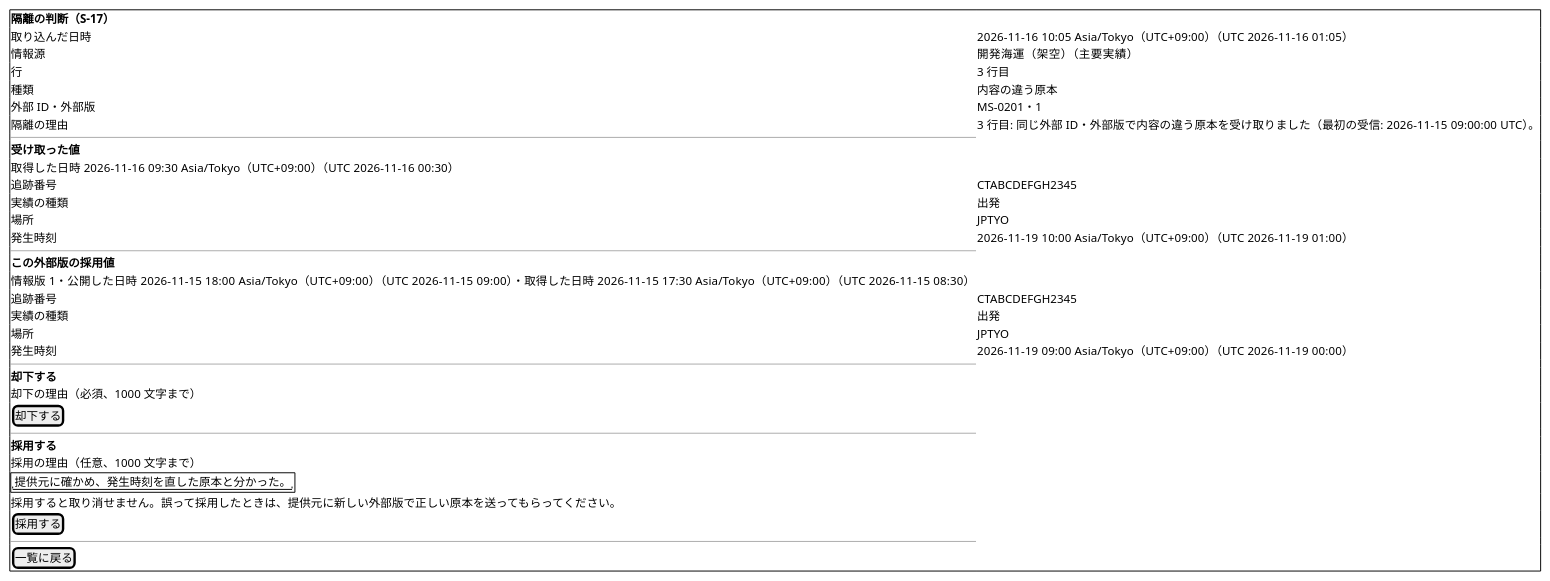
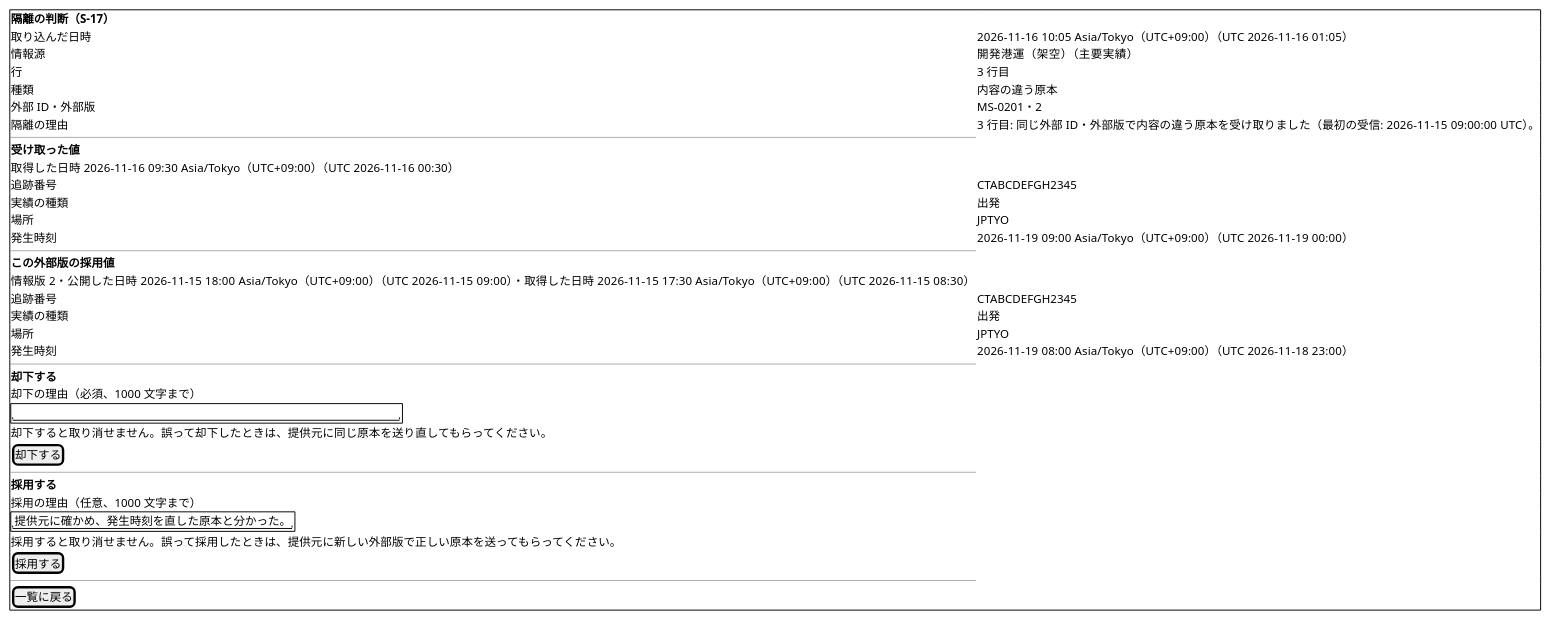
The second of 4 diagrams in docs/development/cargo-tracker/bolt_39d3b2_plan.md (k2works/practical-domain-driven-design-in-enterpris-application), drawn with PlantUML before and after one commit. The commit also changed other lines of this file and 2 other files, not shown here.

````diff
--- a/docs/development/cargo-tracker/bolt_39d3b2_plan.md
+++ b/docs/development/cargo-tracker/bolt_39d3b2_plan.md
@@ -294,39 +297,41 @@
 ```plantuml
 @startsalt
 {+
   <b>隔離の判断（S-17）
   取り込んだ日時 | 2026-11-16 10:05 Asia/Tokyo（UTC+09:00）（UTC 2026-11-16 01:05）
-  情報源 | 開発海運（架空）（主要実績）
+  情報源 | 開発港運（架空）（主要実績）
   行 | 3 行目
   種類 | 内容の違う原本
-  外部 ID・外部版 | MS-0201・1
+  外部 ID・外部版 | MS-0201・2
   隔離の理由 | 3 行目: 同じ外部 ID・外部版で内容の違う原本を受け取りました（最初の受信: 2026-11-15 09:00:00 UTC）。
   --
   <b>受け取った値
   取得した日時 2026-11-16 09:30 Asia/Tokyo（UTC+09:00）（UTC 2026-11-16 00:30）
   追跡番号 | CTABCDEFGH2345
   実績の種類 | 出発
   場所 | JPTYO
-  発生時刻 | 2026-11-19 10:00 Asia/Tokyo（UTC+09:00）（UTC 2026-11-19 01:00）
+  発生時刻 | 2026-11-19 09:00 Asia/Tokyo（UTC+09:00）（UTC 2026-11-19 00:00）
   --
   <b>この外部版の採用値
-  情報版 1・公開した日時 2026-11-15 18:00 Asia/Tokyo（UTC+09:00）（UTC 2026-11-15 09:00）・取得した日時 2026-11-15 17:30 Asia/Tokyo（UTC+09:00）（UTC 2026-11-15 08:30）
+  情報版 2・公開した日時 2026-11-15 18:00 Asia/Tokyo（UTC+09:00）（UTC 2026-11-15 09:00）・取得した日時 2026-11-15 17:30 Asia/Tokyo（UTC+09:00）（UTC 2026-11-15 08:30）
   追跡番号 | CTABCDEFGH2345
   実績の種類 | 出発
   場所 | JPTYO
-  発生時刻 | 2026-11-19 09:00 Asia/Tokyo（UTC+09:00）（UTC 2026-11-19 00:00）
+  発生時刻 | 2026-11-19 08:00 Asia/Tokyo（UTC+09:00）（UTC 2026-11-18 23:00）
   --
   <b>却下する
   却下の理由（必須、1000 文字まで）
+  {+ "                                                  " }
+  却下すると取り消せません。誤って却下したときは、提供元に同じ原本を送り直してもらってください。
   [ 却下する ]
   --
   <b>採用する
   採用の理由（任意、1000 文字まで）
   {+ "提供元に確かめ、発生時刻を直した原本と分かった。" }
   採用すると取り消せません。誤って採用したときは、提供元に新しい外部版で正しい原本を送ってもらってください。
   [ 採用する ]
   --
   [ 一覧に戻る ]
 }
 @endsalt
 ```
````
